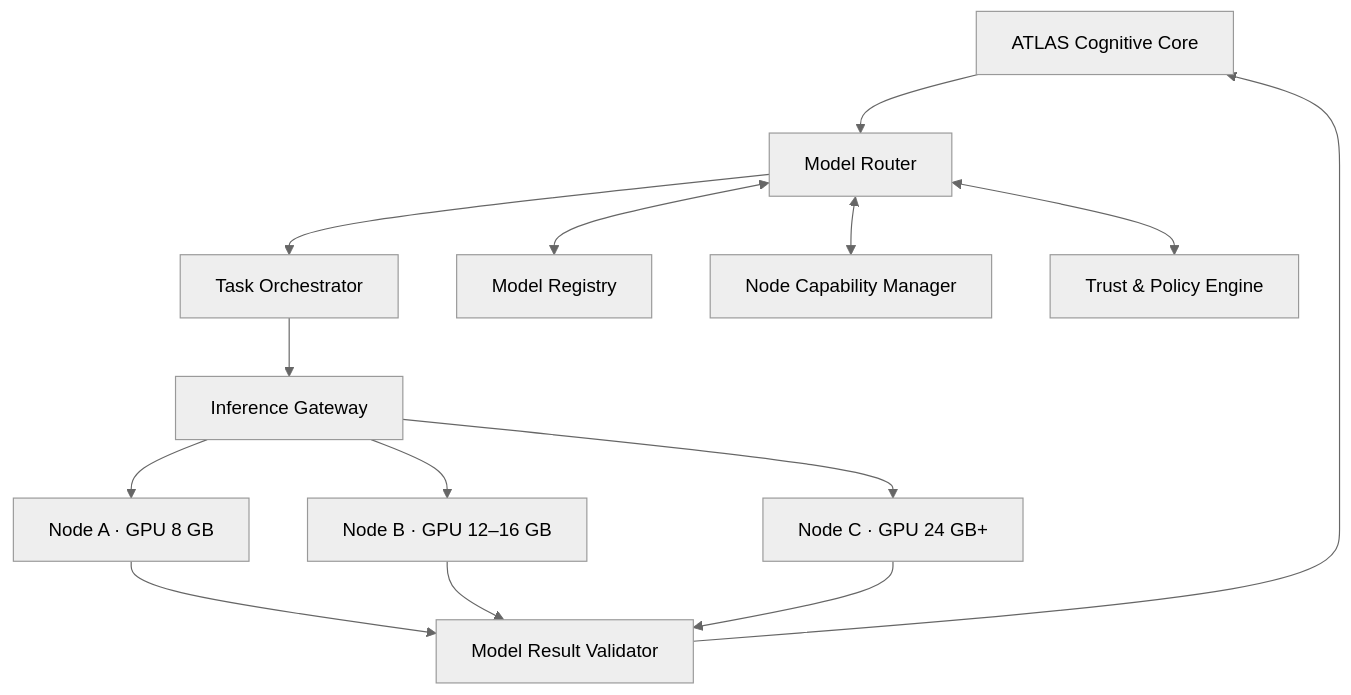
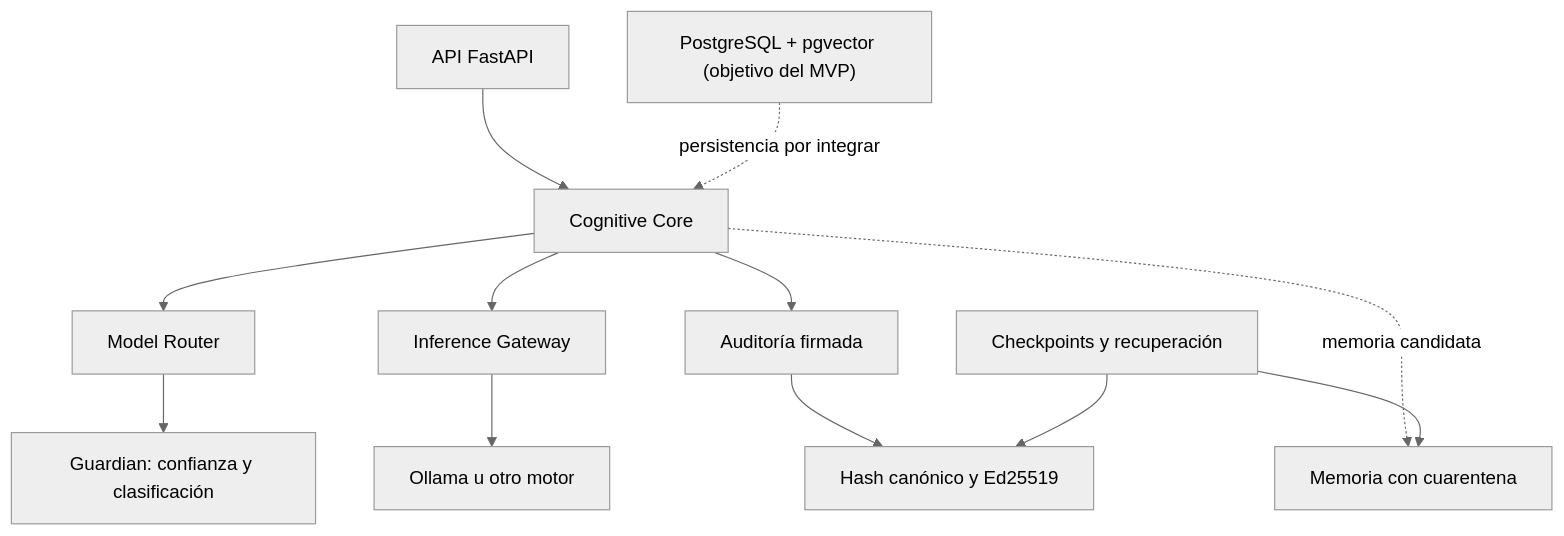
One commit to tirolino/ATLAS_Genesis changed the diagram in README.md. Above: the diagram before and after it, drawn with Mermaid (neutral theme). The commit also changed other lines of this file and 88 other files, not shown here.

````diff
--- a/README.md
+++ b/README.md
@@ -323,25 +33,14 @@
-``` mermaid
+```mermaid
 flowchart TB
-    CORE["ATLAS Cognitive Core"]
-    ROUTER["Model Router"]
-    ORCH["Task Orchestrator"]
-    REG["Model Registry"]
-    NODE["Node Capability Manager"]
-    TRUST["Trust & Policy Engine"]
-    VALID["Model Result Validator"]
-    GW["Inference Gateway"]
-
-    CORE --> ROUTER
-    ROUTER <--> REG
-    ROUTER <--> NODE
-    ROUTER <--> TRUST
-    ROUTER --> ORCH
-    ORCH --> GW
-    GW --> N1["Node A · GPU 8 GB"]
-    GW --> N2["Node B · GPU 12–16 GB"]
-    GW --> N3["Node C · GPU 24 GB+"]
-    N1 --> VALID
-    N2 --> VALID
-    N3 --> VALID
-    VALID --> CORE
+    API["API FastAPI"] --> CORE["Cognitive Core"]
+    CORE --> ROUTER["Model Router"]
+    ROUTER --> GUARD["Guardian: confianza y clasificación"]
+    CORE --> GW["Inference Gateway"]
+    GW --> OLL["Ollama u otro motor"]
+    CORE --> AUD["Auditoría firmada"]
+    CORE -. memoria candidata .-> MEM["Memoria con cuarentena"]
+    PERS["Checkpoints y recuperación"] --> MEM
+    AUD --> CRYPTO["Hash canónico y Ed25519"]
+    PERS --> CRYPTO
+    DB["PostgreSQL + pgvector (objetivo del MVP)"] -. persistencia por integrar .-> CORE
 ```
````
